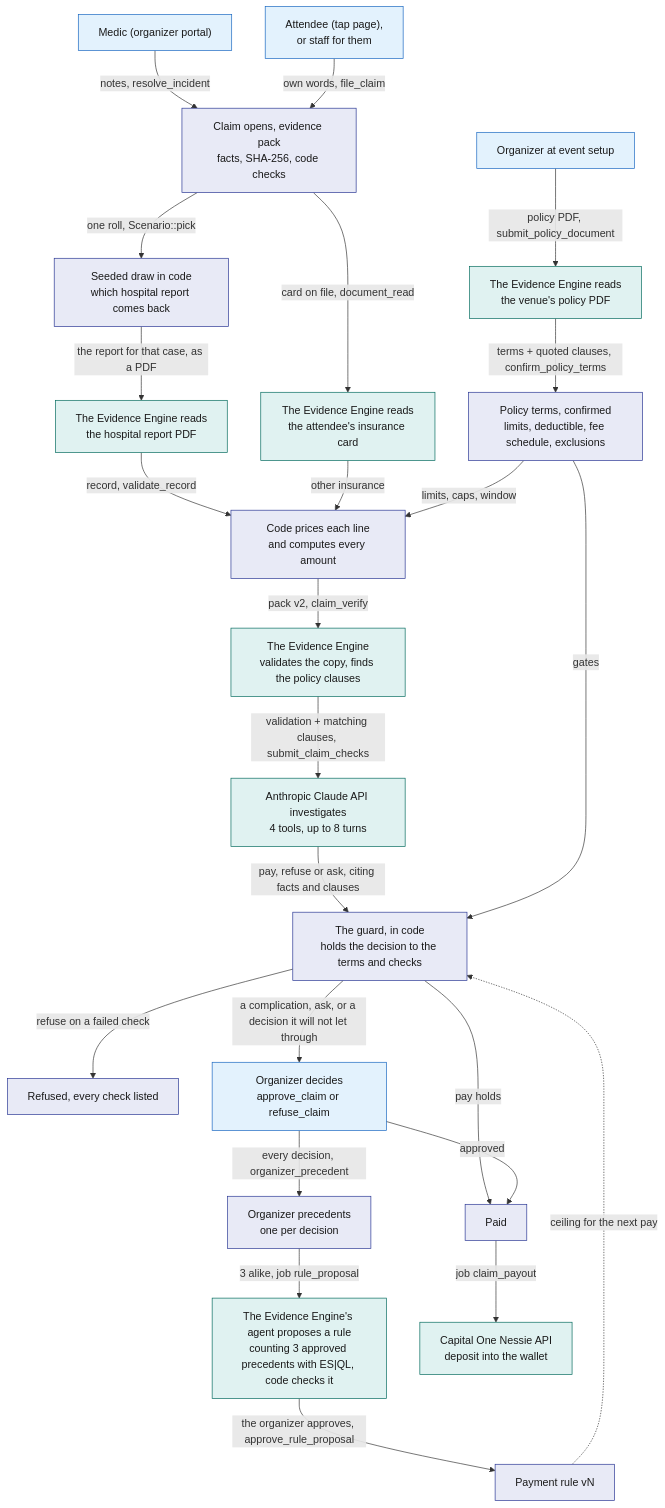
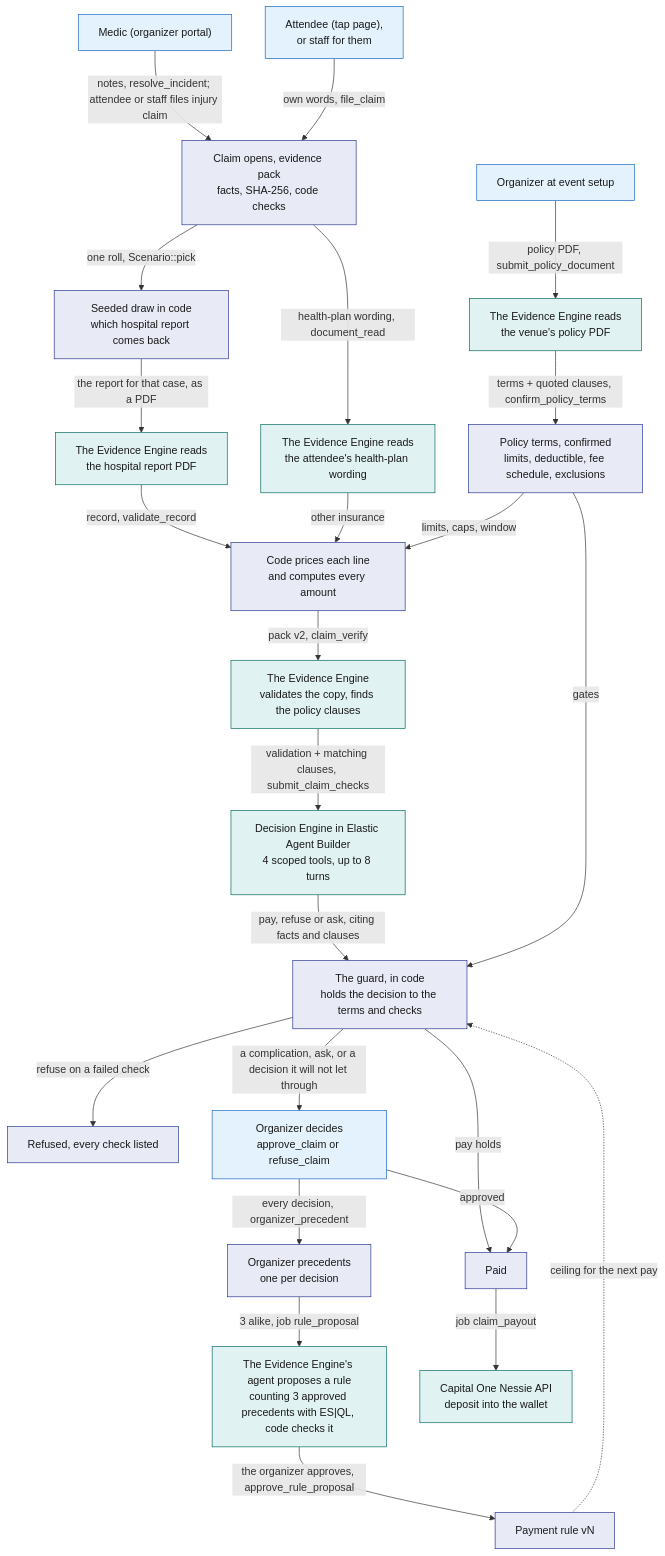
One commit to viktorinkov/cal-hacks-13 changed the first of 6 diagrams in System Design/6-features/Insurance.md. Above: the diagram before and after it, drawn with Mermaid. The commit also changed other lines of this file and 50 other files, not shown here.

````diff
--- a/System Design/6-features/Insurance.md
+++ b/System Design/6-features/Insurance.md
@@ -19,51 +19,51 @@
 ```mermaid
 flowchart TB
   classDef stdb fill:#E8EAF6,stroke:#283593,color:#1A1A1A
   classDef web fill:#E3F2FD,stroke:#1565C0,color:#1A1A1A
   classDef ext fill:#E0F2F1,stroke:#00695C,color:#1A1A1A
 
   Org0["Organizer at event setup"]:::web
   VP["The Evidence Engine reads<br/>the venue's policy PDF"]:::ext
   Terms["Policy terms, confirmed<br/>limits, deductible, fee schedule, exclusions"]:::stdb
   Medic["Medic (organizer portal)"]:::web
   Att["Attendee (tap page),<br/>or staff for them"]:::web
   Open["Claim opens, evidence pack<br/>facts, SHA-256, code checks"]:::stdb
   Draw["Seeded draw in code<br/>which hospital report comes back"]:::stdb
   HR["The Evidence Engine reads<br/>the hospital report PDF"]:::ext
-  Card["The Evidence Engine reads<br/>the attendee's insurance card"]:::ext
+  Card["The Evidence Engine reads<br/>the attendee's health-plan wording"]:::ext
   Price["Code prices each line<br/>and computes every amount"]:::stdb
   EE["The Evidence Engine<br/>validates the copy, finds the policy clauses"]:::ext
-  Claude["Anthropic Claude API investigates<br/>4 tools, up to 8 turns"]:::ext
+  Investigator["Decision Engine in Elastic Agent Builder<br/>4 scoped tools, up to 8 turns"]:::ext
   Guard["The guard, in code<br/>holds the decision to the terms and checks"]:::stdb
   Paid["Paid"]:::stdb
   Ref["Refused, every check listed"]:::stdb
   Org["Organizer decides<br/>approve_claim or refuse_claim"]:::web
   Prec["Organizer precedents<br/>one per decision"]:::stdb
   Prop["The Evidence Engine's agent proposes a rule<br/>counting 3 approved precedents with ES|QL, code checks it"]:::ext
   Rule["Payment rule vN"]:::stdb
   Pay["Capital One Nessie API<br/>deposit into the wallet"]:::ext
 
   Org0 -->|"policy PDF, submit_policy_document"| VP
   VP -->|"terms + quoted clauses, confirm_policy_terms"| Terms
-  Medic -->|"notes, resolve_incident"| Open
+  Medic -->|"notes, resolve_incident; attendee or staff files injury claim"| Open
   Att -->|"own words, file_claim"| Open
   Open -->|"one roll, Scenario::pick"| Draw
   Draw -->|"the report for that case, as a PDF"| HR
-  Open -->|"card on file, document_read"| Card
+  Open -->|"health-plan wording, document_read"| Card
   HR -->|"record, validate_record"| Price
   Card -->|"other insurance"| Price
   Terms -->|"limits, caps, window"| Price
   Price -->|"pack v2, claim_verify"| EE
-  EE -->|"validation + matching clauses, submit_claim_checks"| Claude
-  Claude -->|"pay, refuse or ask, citing facts and clauses"| Guard
+  EE -->|"validation + matching clauses, submit_claim_checks"| Investigator
+  Investigator -->|"pay, refuse or ask, citing facts and clauses"| Guard
   Terms -->|"gates"| Guard
   Guard -->|"pay holds"| Paid
   Guard -->|"refuse on a failed check"| Ref
   Guard -->|"a complication, ask, or a decision it will not let through"| Org
   Org -->|"every decision, organizer_precedent"| Prec
   Prec -->|"3 alike, job rule_proposal"| Prop
   Prop -->|"the organizer approves, approve_rule_proposal"| Rule
   Rule -.->|"ceiling for the next pay"| Guard
   Org -->|"approved"| Paid
   Paid -->|"job claim_payout"| Pay
 ```
````
